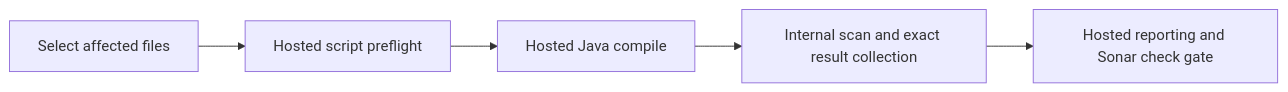
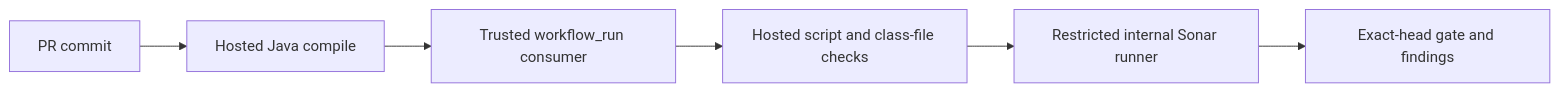
One commit to NVIDIA/cudf-spark-jni changed the diagram in .github/scripts/sonar-check/README.md. Above: the diagram before and after it, drawn with Mermaid. The commit also changed other lines of this file and 9 other files, not shown here.

Commit message:
Separate PR preparation from trusted Sonar analysis

````diff
--- a/.github/scripts/sonar-check/README.md
+++ b/.github/scripts/sonar-check/README.md
@@ -8,7 +7,8 @@
 ```mermaid
 flowchart LR
-  A[Select affected files] --> B[Hosted script preflight]
-  B --> C[Hosted Java compile]
-  C --> D[Internal scan and exact result collection]
-  D --> E[Hosted reporting and Sonar check gate]
+  A[PR commit] --> B[Hosted Java compile]
+  B --> C[Trusted workflow_run consumer]
+  C --> D[Hosted script and class-file checks]
+  D --> E[Restricted internal Sonar runner]
+  E --> F[Exact-head gate and findings]
 ```
````
